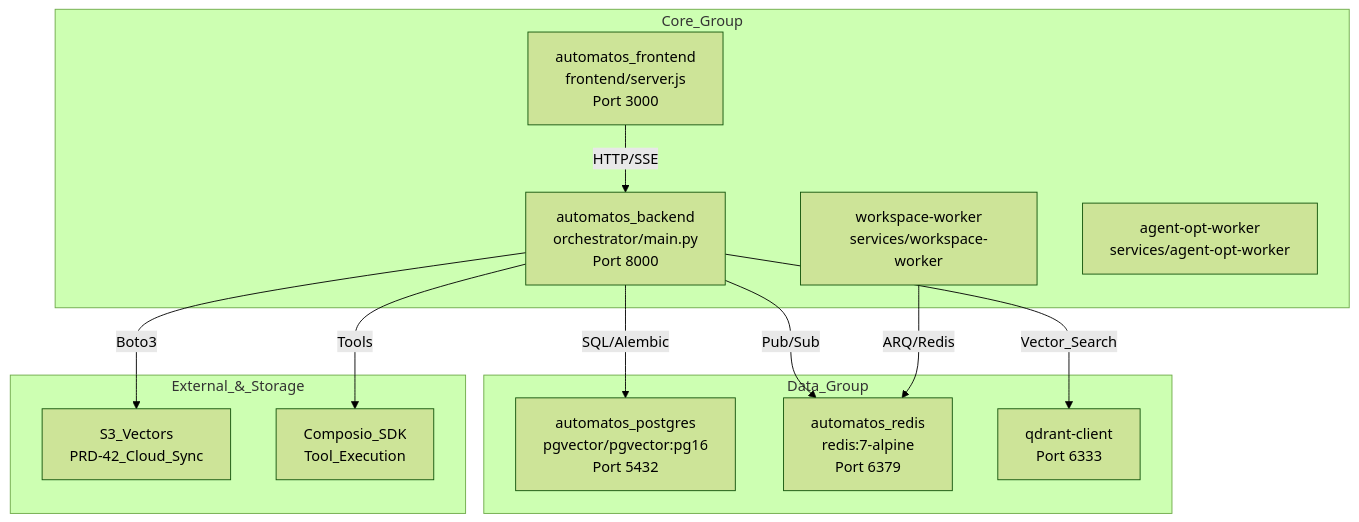
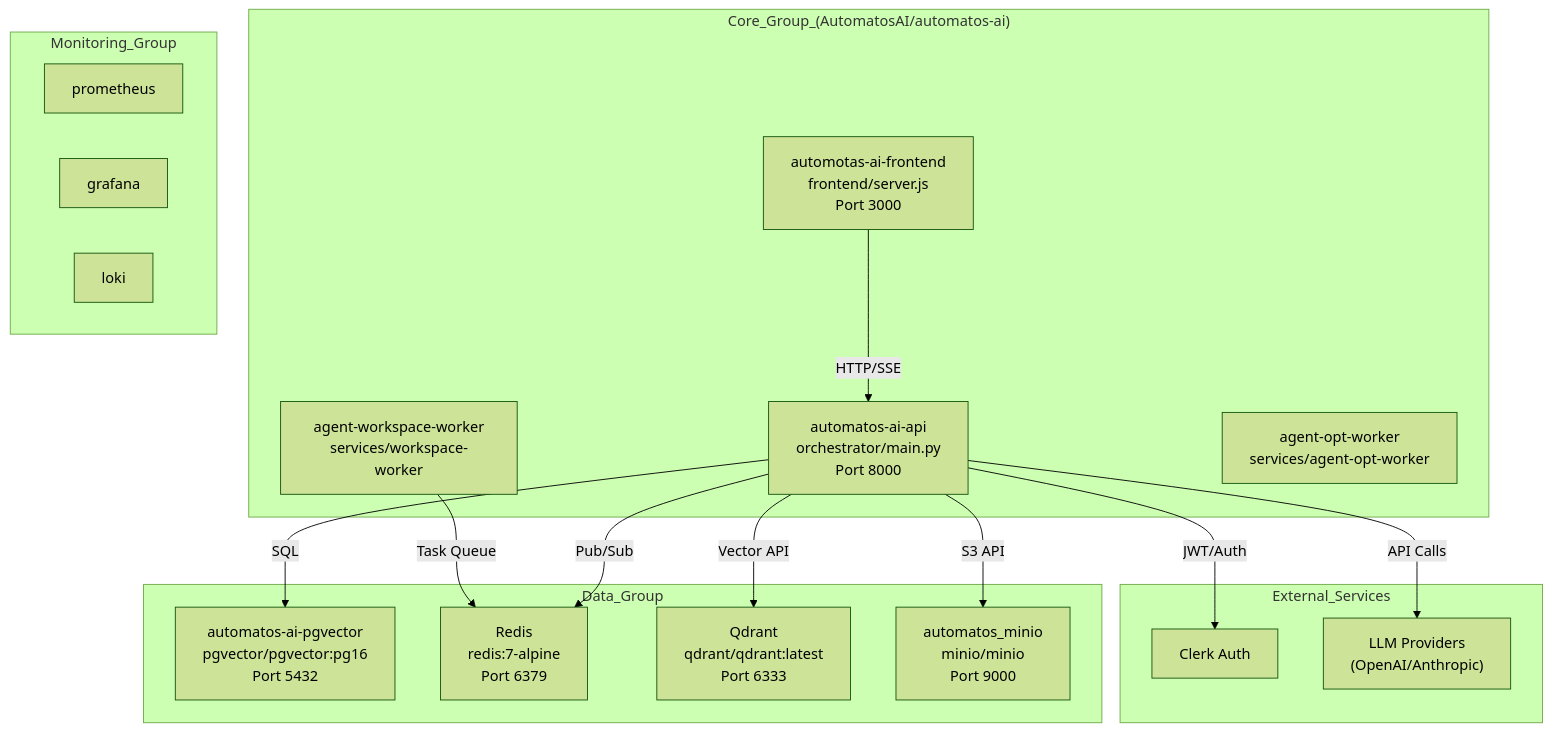
One commit to AutomatosAI/automatos-ai changed the diagram in docs/deployment-infrastructure/_index.md. Above: the diagram before and after it, drawn with Mermaid (forest theme). The commit also changed other lines of this file and 191 other files, not shown here.

````diff
--- a/docs/deployment-infrastructure/_index.md
+++ b/docs/deployment-infrastructure/_index.md
@@ -45,28 +44,36 @@
 ```mermaid
 graph TB
-    subgraph "Core_Group"
-        API["automatos_backend<br/>orchestrator/main.py<br/>Port 8000"]
-        UI["automatos_frontend<br/>frontend/server.js<br/>Port 3000"]
-        WorkWorker["workspace-worker<br/>services/workspace-worker"]
+    subgraph "Core_Group_(AutomatosAI/automatos-ai)"
+        API["automatos-ai-api<br/>orchestrator/main.py<br/>Port 8000"]
+        UI["automotas-ai-frontend<br/>frontend/server.js<br/>Port 3000"]
+        WorkWorker["agent-workspace-worker<br/>services/workspace-worker"]
         OptWorker["agent-opt-worker<br/>services/agent-opt-worker"]
     end
     
     subgraph "Data_Group"
-        PG["automatos_postgres<br/>pgvector/pgvector:pg16<br/>Port 5432"]
-        Redis["automatos_redis<br/>redis:7-alpine<br/>Port 6379"]
-        Qdrant["qdrant-client<br/>Port 6333"]
+        PG["automatos-ai-pgvector<br/>pgvector/pgvector:pg16<br/>Port 5432"]
+        Redis["Redis<br/>redis:7-alpine<br/>Port 6379"]
+        Qdrant["Qdrant<br/>qdrant/qdrant:latest<br/>Port 6333"]
+        MinIO["automatos_minio<br/>minio/minio<br/>Port 9000"]
     end
     
-    subgraph "External_&_Storage"
-        S3["S3_Vectors<br/>PRD-42_Cloud_Sync"]
-        Composio["Composio_SDK<br/>Tool_Execution"]
+    subgraph "Monitoring_Group"
+        Prom["prometheus"]
+        Grafana["grafana"]
+        Loki["loki"]
     end
 
+    subgraph "External_Services"
+        Clerk["Clerk Auth"]
+        LLM["LLM Providers<br/>(OpenAI/Anthropic)"]
+    end
+    
     UI -->|"HTTP/SSE"| API
-    API -->|"SQL/Alembic"| PG
+    API -->|"SQL"| PG
     API -->|"Pub/Sub"| Redis
-    WorkWorker -->|"ARQ/Redis"| Redis
-    API -->|"Vector_Search"| Qdrant
-    API -->|"Boto3"| S3
-    API -->|"Tools"| Composio
+    API -->|"Vector API"| Qdrant
+    API -->|"S3 API"| MinIO
+    WorkWorker -->|"Task Queue"| Redis
+    API -->|"JWT/Auth"| Clerk
+    API -->|"API Calls"| LLM
 ```
````
